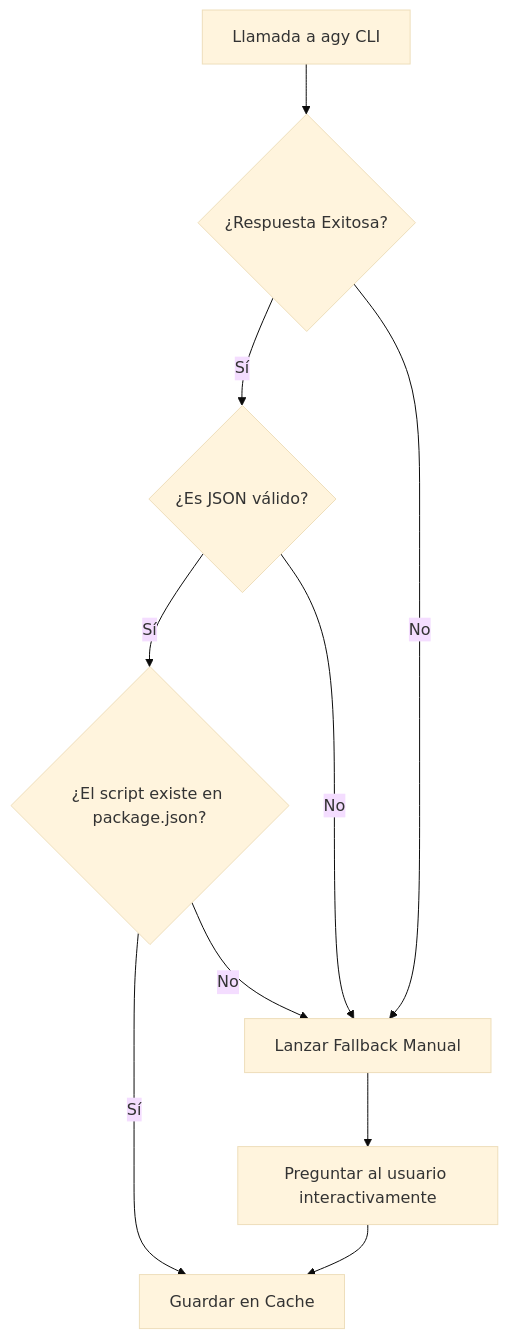
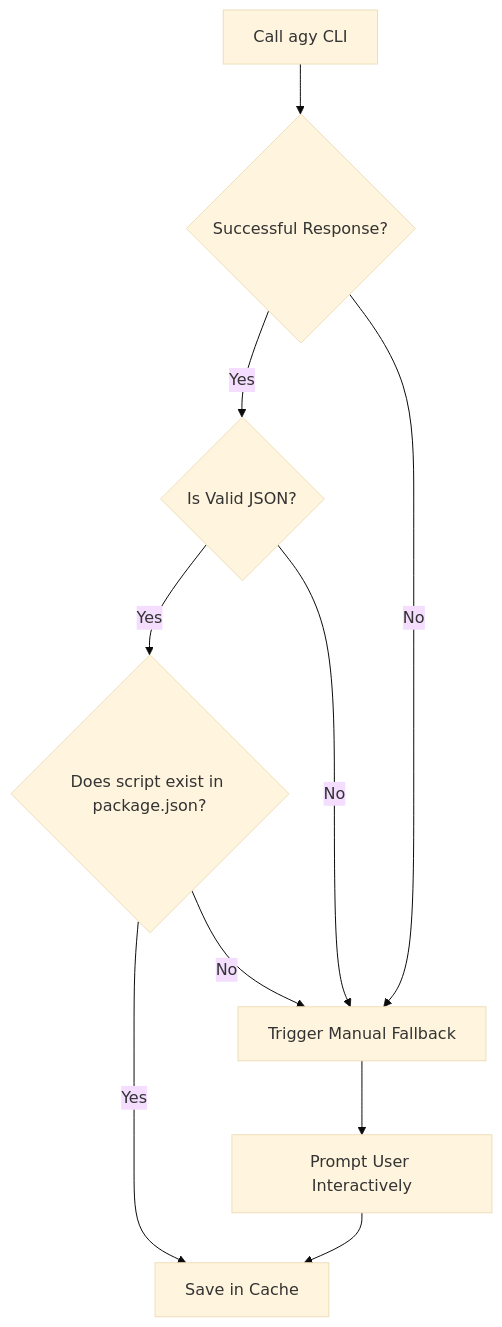
One commit to JorgeRojo/NodePi-tui changed the diagram in DOCS/agy_prompt_specification.md. Above: the diagram before and after it, drawn with Mermaid (base theme). The commit also changed other lines of this file and 4 other files, not shown here.

````diff
--- a/DOCS/agy_prompt_specification.md
+++ b/DOCS/agy_prompt_specification.md
@@ -112,15 +112,15 @@
 ```mermaid
 graph TD
-    Agy[Llamada a agy CLI] --> Success{¿Respuesta Exitosa?}
-    Success -- Sí --> ParseJSON{¿Es JSON válido?}
-    Success -- No --> Fallback[Lanzar Fallback Manual]
+    Agy[Call agy CLI] --> Success{Successful Response?}
+    Success -- Yes --> ParseJSON{Is Valid JSON?}
+    Success -- No --> Fallback[Trigger Manual Fallback]
 
-    ParseJSON -- Sí --> HallucinationGuard{¿El script existe en package.json?}
+    ParseJSON -- Yes --> HallucinationGuard{Does script exist in package.json?}
     ParseJSON -- No --> Fallback
 
-    HallucinationGuard -- Sí --> Cache[Guardar en Cache]
+    HallucinationGuard -- Yes --> Cache[Save in Cache]
     HallucinationGuard -- No --> Fallback
 
-    Fallback --> PromptUser[Preguntar al usuario interactivamente]
+    Fallback --> PromptUser[Prompt User Interactively]
     PromptUser --> Cache
 ```
````
